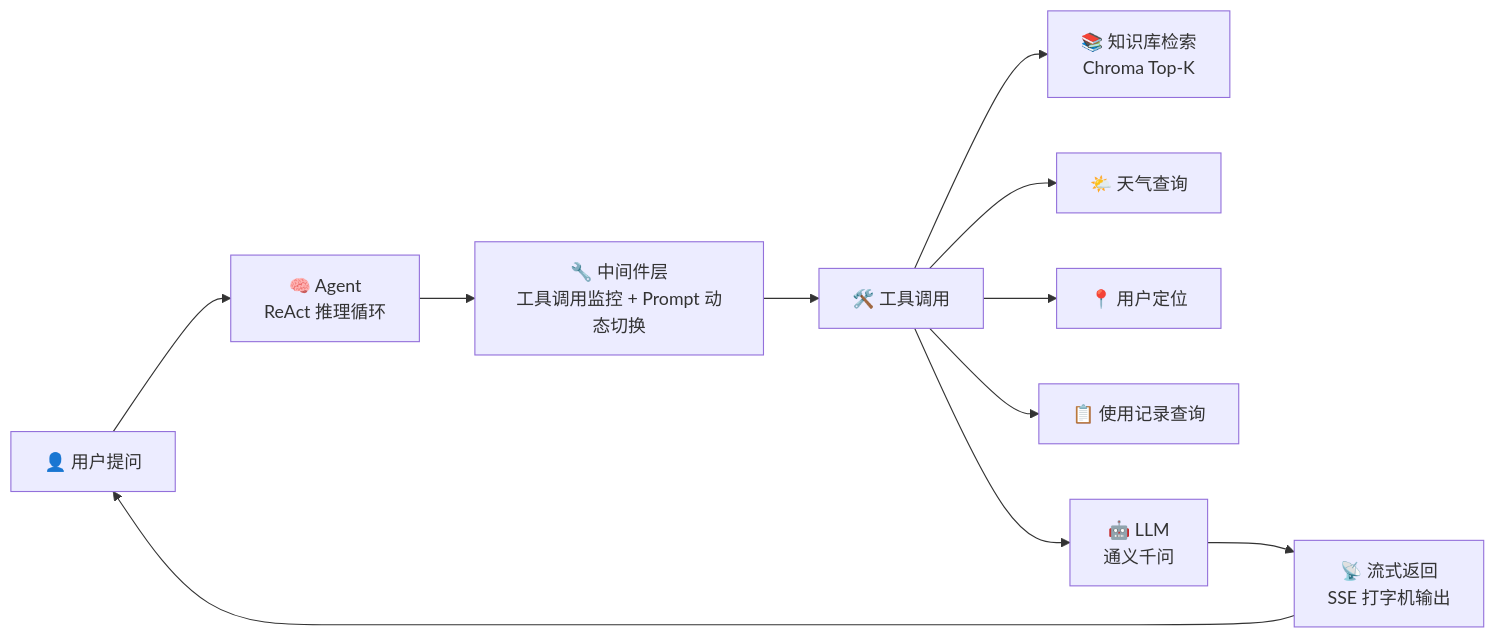
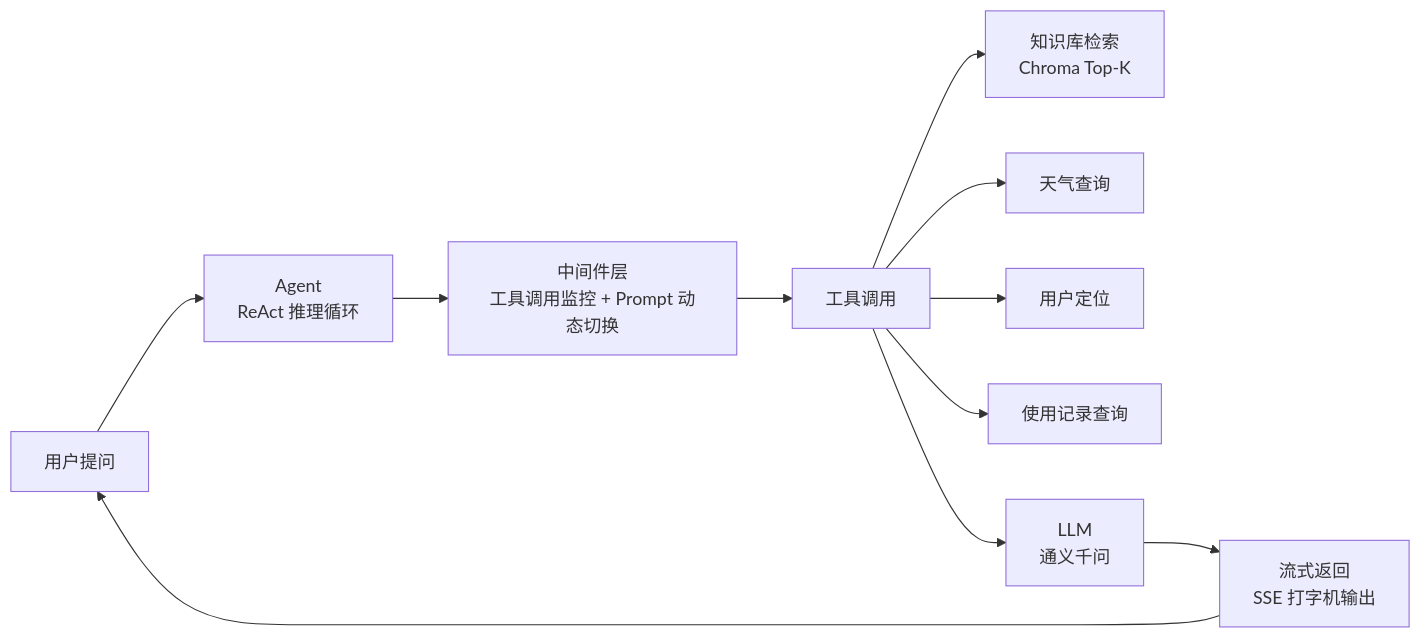
One commit to AaanO312/smart-hardware-ai-agent changed the diagram in README.md. Above: the diagram before and after it, drawn with Mermaid. The commit also changed other lines of this file, not shown here.

Commit message:
docs: remove emojis and placeholder screenshots

````diff
--- a/README.md
+++ b/README.md
@@ -13,13 +13,13 @@
 ```mermaid
 flowchart LR
-    A[👤 用户提问] --> B[🧠 Agent<br/>ReAct 推理循环]
-    B --> C[🔧 中间件层<br/>工具调用监控 + Prompt 动态切换]
-    C --> D[🛠️ 工具调用]
-    D --> D1[📚 知识库检索<br/>Chroma Top-K]
-    D --> D2[🌤️ 天气查询]
-    D --> D3[📍 用户定位]
-    D --> D4[📋 使用记录查询]
-    D --> E[🤖 LLM<br/>通义千问]
-    E --> F[📡 流式返回<br/>SSE 打字机输出]
+    A[用户提问] --> B[Agent<br/>ReAct 推理循环]
+    B --> C[中间件层<br/>工具调用监控 + Prompt 动态切换]
+    C --> D[工具调用]
+    D --> D1[知识库检索<br/>Chroma Top-K]
+    D --> D2[天气查询]
+    D --> D3[用户定位]
+    D --> D4[使用记录查询]
+    D --> E[LLM<br/>通义千问]
+    E --> F[流式返回<br/>SSE 打字机输出]
     F --> A
 ```
````
